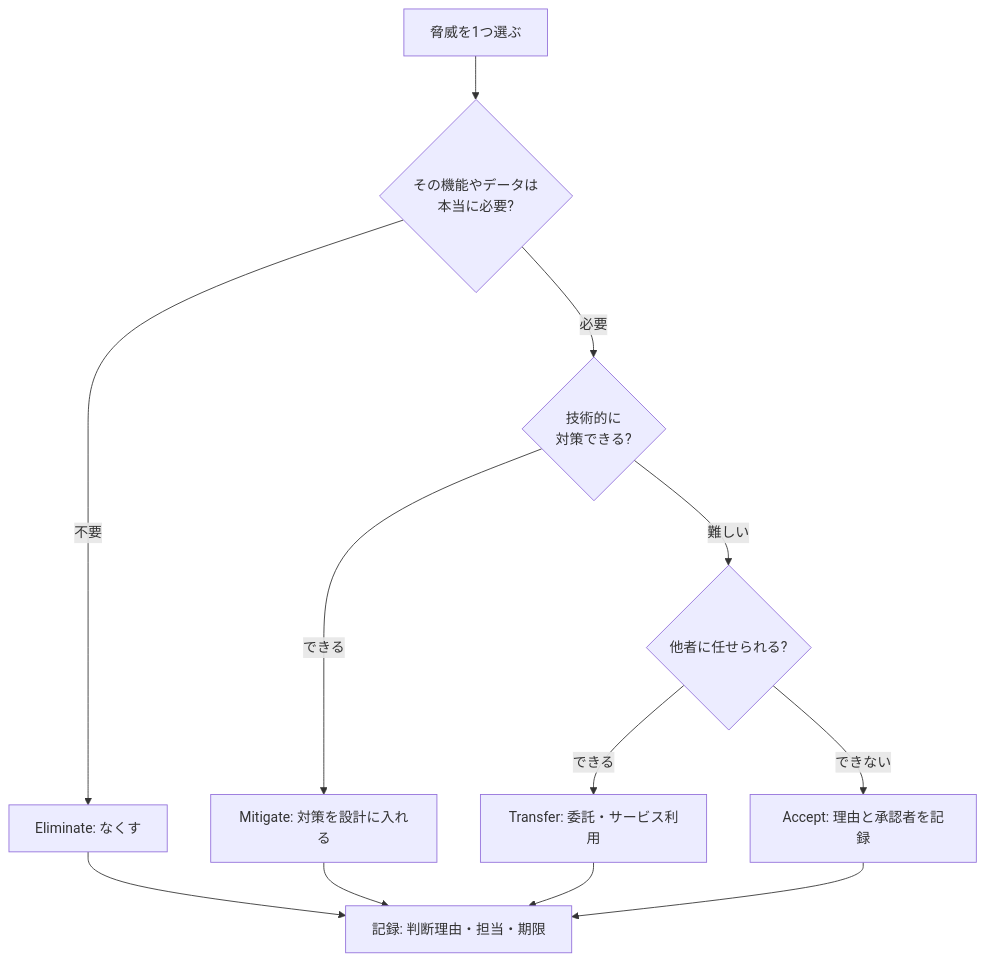
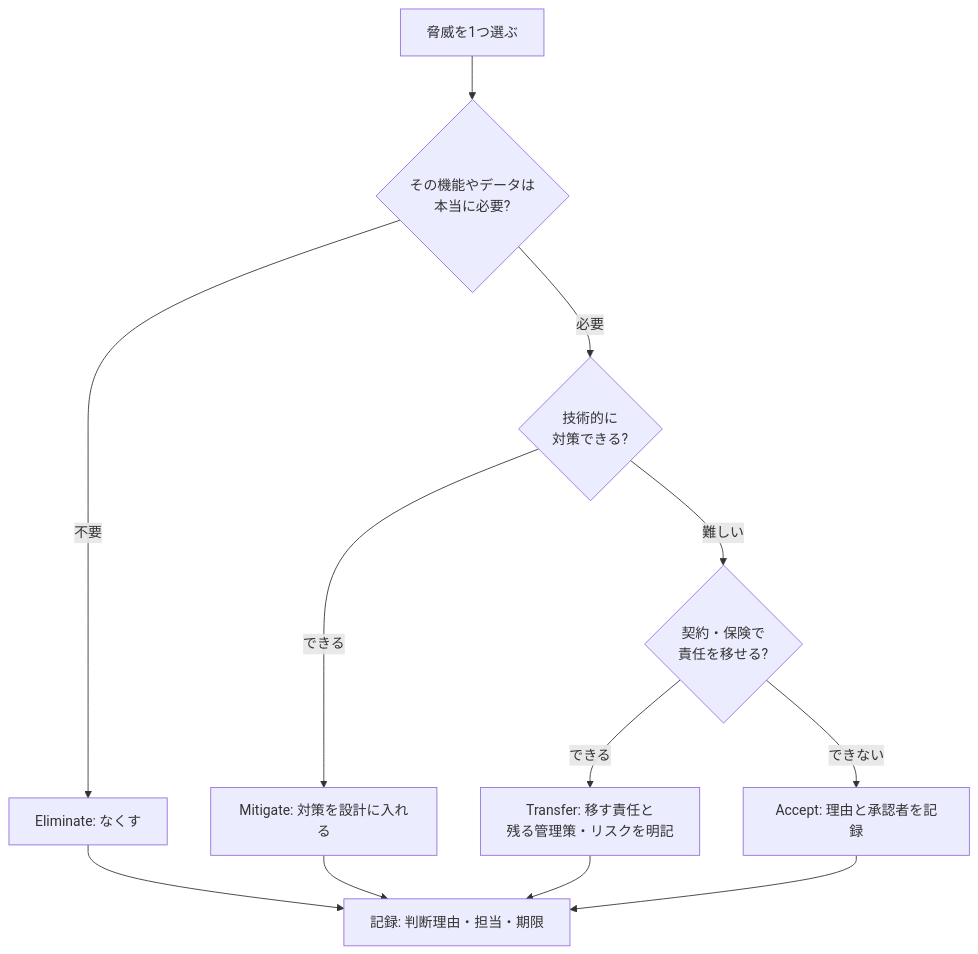
Before and after one commit to myoshi2891/Security_Studies: the fifth of 9 diagrams in Threat-modeling-shostack-guide.md, drawn with Mermaid. The commit also changed other lines of this file and 1 other file, not shown here.

Commit message:
docs(threat-modeling): 信頼境界の双方向定義およびリスク対応（Transfer/Mitigate）の解説を精緻化

````diff
--- a/Threat-modeling-shostack-guide.md
+++ b/Threat-modeling-shostack-guide.md
@@ -437,14 +439,14 @@
 ```mermaid
 flowchart TD
     T["脅威を1つ選ぶ"] --> Q1{"その機能やデータは<br/>本当に必要?"}
     Q1 -->|"不要"| EL["Eliminate: なくす"]
     Q1 -->|"必要"| Q2{"技術的に<br/>対策できる?"}
     Q2 -->|"できる"| MI["Mitigate: 対策を設計に入れる"]
-    Q2 -->|"難しい"| Q3{"他者に任せられる?"}
-    Q3 -->|"できる"| TR["Transfer: 委託・サービス利用"]
+    Q2 -->|"難しい"| Q3{"契約・保険で<br/>責任を移せる?"}
+    Q3 -->|"できる"| TR["Transfer: 移す責任と<br/>残る管理策・リスクを明記"]
     Q3 -->|"できない"| AC["Accept: 理由と承認者を記録"]
     EL --> REC["記録: 判断理由・担当・期限"]
     MI --> REC
     TR --> REC
     AC --> REC
 ```
````
